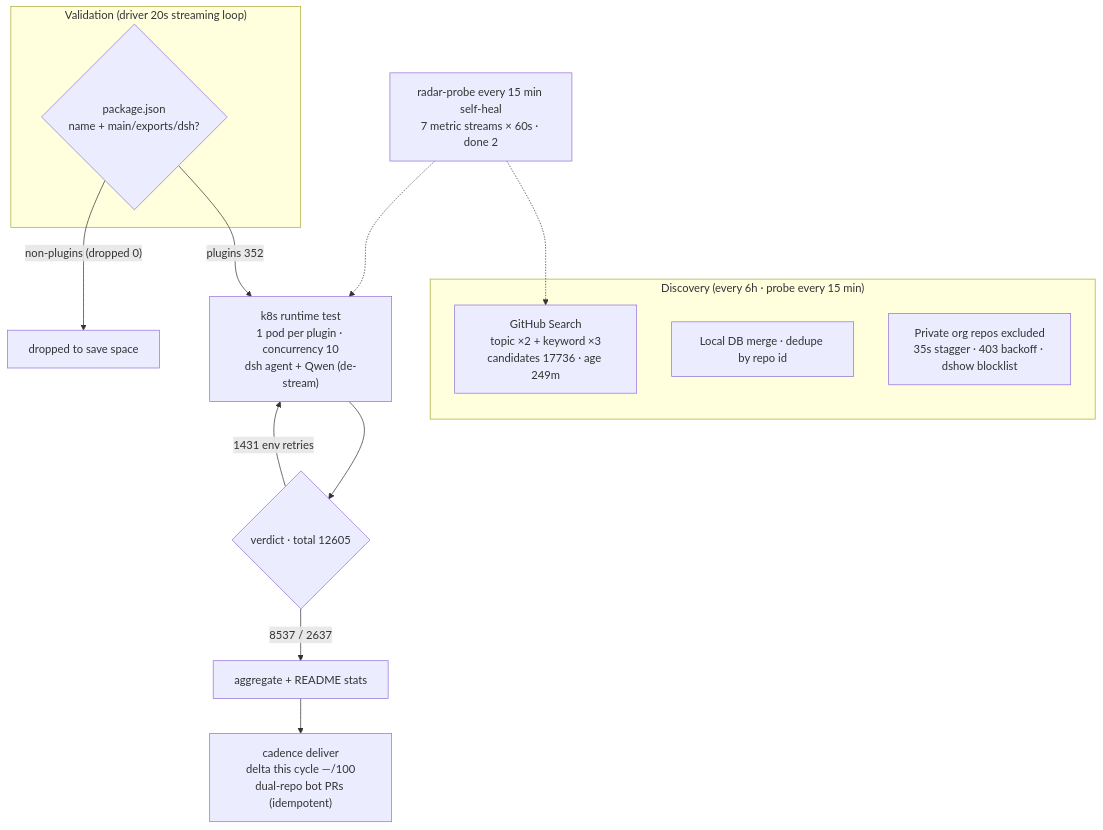
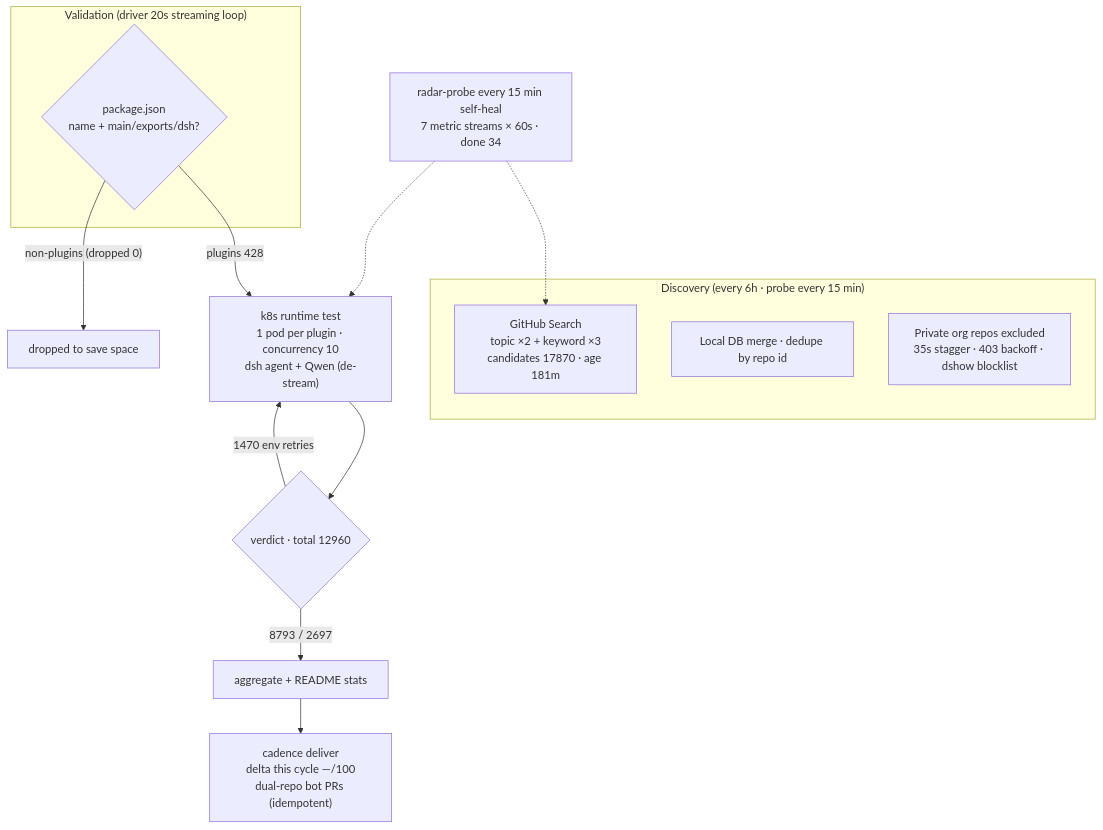
One commit to Zhidao-Lab-OSS/awesome-dsh-plugins changed the diagram in README.en-US.md. Above: the diagram before and after it, drawn with Mermaid. The commit also changed other lines of this file and 1 other file, not shown here.

````diff
--- a/README.en-US.md
+++ b/README.en-US.md
@@ -45,20 +45,20 @@
 ```mermaid
 flowchart TB
     subgraph Discovery["Discovery (every 6h · probe every 15 min)"]
-        A1["GitHub Search<br/>topic ×2 + keyword ×3<br/>candidates 17736 · age 249m"]
+        A1["GitHub Search<br/>topic ×2 + keyword ×3<br/>candidates 17870 · age 181m"]
         A2["Local DB merge · dedupe by repo id"]
         A3["Private org repos excluded<br/>35s stagger · 403 backoff · dshow blocklist"]
     end
     subgraph Validation["Validation (driver 20s streaming loop)"]
         B1{"package.json<br/>name + main/exports/dsh?"}
     end
-    B1 -->|"plugins 352"| C1["k8s runtime test<br/>1 pod per plugin · concurrency 10<br/>dsh agent + Qwen (de-stream)"]
+    B1 -->|"plugins 428"| C1["k8s runtime test<br/>1 pod per plugin · concurrency 10<br/>dsh agent + Qwen (de-stream)"]
     B1 -->|"non-plugins (dropped 0)"| B3["dropped to save space"]
-    C1 --> D1{"verdict · total 12605"}
-    D1 -->|"8537 / 2637"| E1["aggregate + README stats"]
-    D1 -->|"1431 env retries"| C1
+    C1 --> D1{"verdict · total 12960"}
+    D1 -->|"8793 / 2697"| E1["aggregate + README stats"]
+    D1 -->|"1470 env retries"| C1
     E1 --> E2["cadence deliver<br/>delta this cycle —/100<br/>dual-repo bot PRs (idempotent)"]
-    M["radar-probe every 15 min self-heal<br/>7 metric streams × 60s · done 2"]
+    M["radar-probe every 15 min self-heal<br/>7 metric streams × 60s · done 34"]
     M -.-> A1
     M -.-> C1
 ```
````
